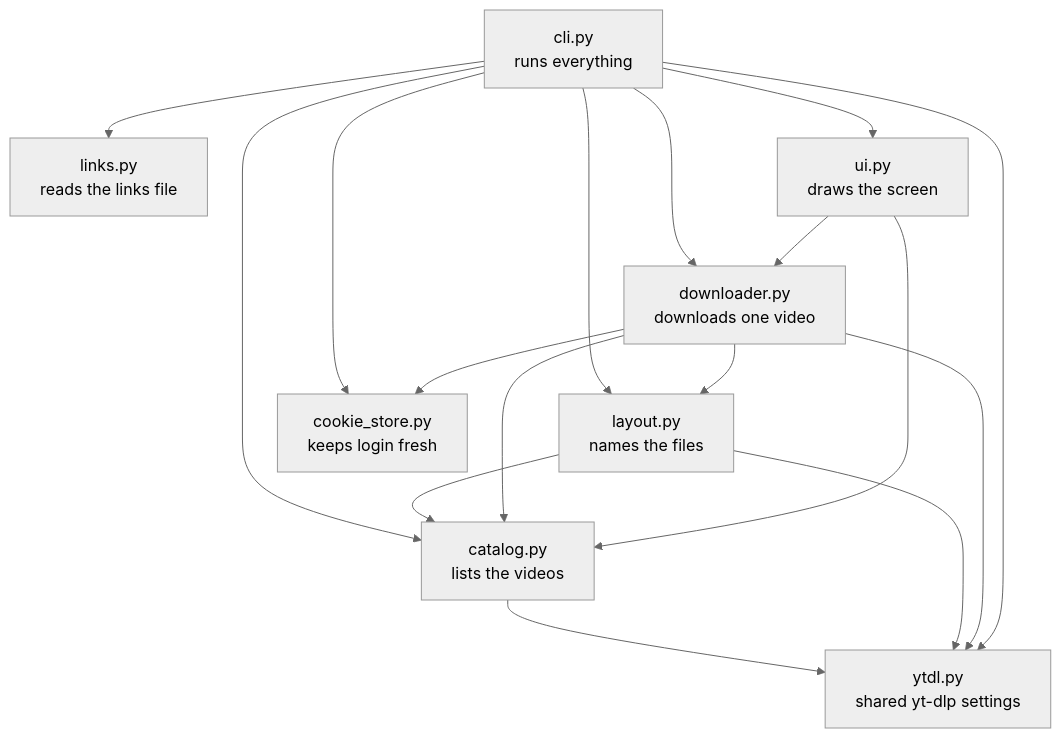
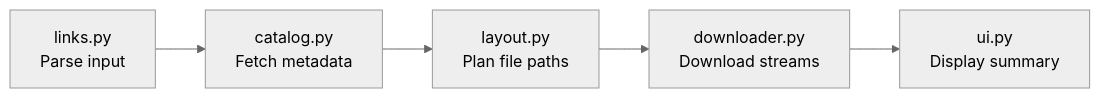
One commit to sahaarijit/yt-dwnldr changed the diagram in docs/ARCHITECTURE.md. Above: the diagram before and after it, drawn with Mermaid (neutral theme). The commit also changed other lines of this file and 2 other files, not shown here.

Commit message:
Simplify README and architecture docs, remove walkthrough

````diff
--- a/docs/ARCHITECTURE.md
+++ b/docs/ARCHITECTURE.md
@@ -34,19 +28,7 @@
 ```mermaid
-flowchart TD
-    cli[cli.py<br/>runs everything] --> links[links.py<br/>reads the links file]
-    cli --> catalog[catalog.py<br/>lists the videos]
-    cli --> layout[layout.py<br/>names the files]
-    cli --> downloader[downloader.py<br/>downloads one video]
-    cli --> ui[ui.py<br/>draws the screen]
-    cli --> store[cookie_store.py<br/>keeps login fresh]
-    downloader --> store
-    downloader --> layout
-    ui --> downloader
-    layout --> catalog
-    downloader --> catalog
-    ui --> catalog
-    catalog --> ytdl[ytdl.py<br/>shared yt-dlp settings]
-    layout --> ytdl
-    downloader --> ytdl
-    cli --> ytdl
+flowchart LR
+    A[links.py<br/>Parse input] --> B[catalog.py<br/>Fetch metadata]
+    B --> C[layout.py<br/>Plan file paths]
+    C --> D[downloader.py<br/>Download streams]
+    D --> E[ui.py<br/>Display summary]
 ```
````
